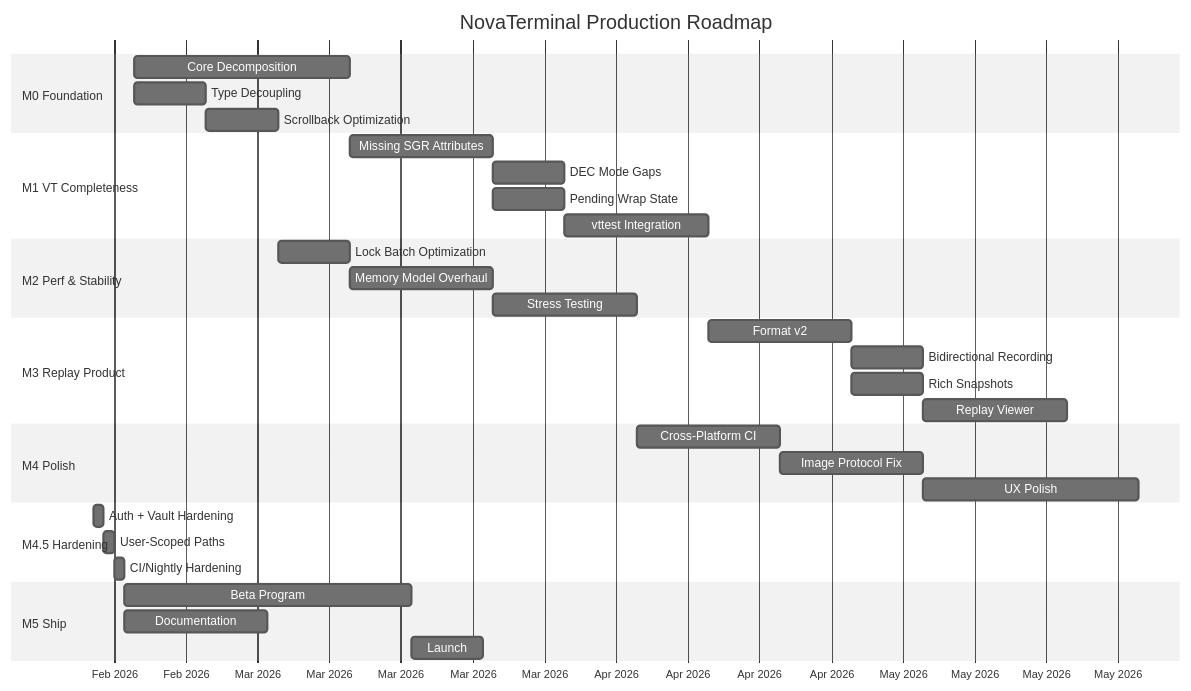
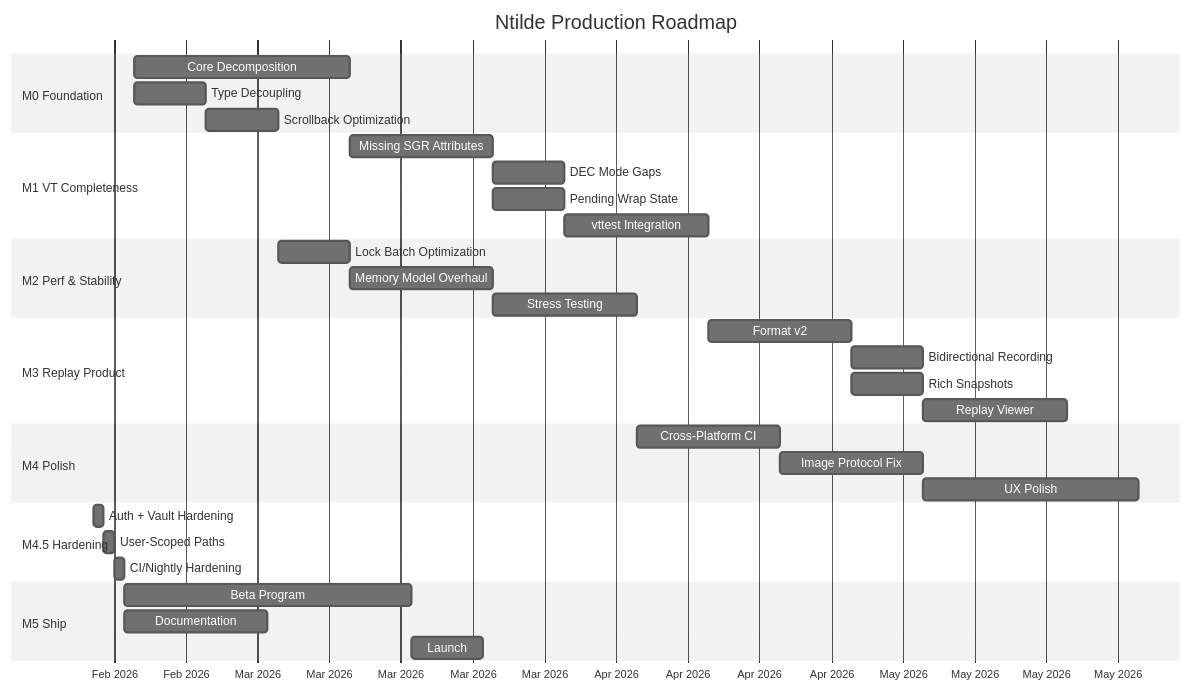
One commit to benyblack/NovaTerminal changed the first of 2 diagrams in docs/PRODUCTION_ROADMAP.md. Above: the diagram before and after it, drawn with Mermaid (neutral theme). The commit also changed other lines of this file and 1182 other files, not shown here.

First line of the commit message:
rebrand: replace NovaTerminal tokens with Ntilde across the tree

````diff
--- a/docs/PRODUCTION_ROADMAP.md
+++ b/docs/PRODUCTION_ROADMAP.md
@@ -26,43 +26,43 @@
 ```mermaid
 gantt
-    title NovaTerminal Production Roadmap
+    title Ntilde Production Roadmap
     dateFormat  YYYY-MM-DD
     axisFormat  %b %Y
 
     section M0 Foundation
     Core Decomposition        :m0a, 2026-02-17, 3w
     Type Decoupling           :m0b, 2026-02-17, 1w
     Scrollback Optimization   :m0c, 2026-02-24, 1w
 
     section M1 VT Completeness
     Missing SGR Attributes    :m1a, after m0a, 2w
     DEC Mode Gaps             :m1b, after m1a, 1w
     Pending Wrap State        :m1c, after m1a, 1w
     vttest Integration        :m1d, after m1b, 2w
 
     section M2 Perf & Stability
     Lock Batch Optimization   :m2a, after m0c, 1w
     Memory Model Overhaul     :m2b, after m2a, 2w
     Stress Testing            :m2c, after m2b, 2w
 
     section M3 Replay Product
     Format v2                 :m3a, after m1d, 2w
     Bidirectional Recording   :m3b, after m3a, 1w
     Rich Snapshots            :m3c, after m3a, 1w
     Replay Viewer             :m3d, after m3b, 2w
 
     section M4 Polish
     Cross-Platform CI         :m4a, after m2c, 2w
     Image Protocol Fix        :m4b, after m4a, 2w
     UX Polish                 :m4c, after m4b, 3w
 
     section M4.5 Hardening
     Auth + Vault Hardening    :m45a, 2026-02-13, 1d
     User-Scoped Paths         :m45b, after m45a, 1d
     CI/Nightly Hardening      :m45c, after m45b, 1d
 
     section M5 Ship
     Beta Program              :m5a, after m45c, 4w
     Documentation             :m5b, after m45c, 2w
     Launch                    :m5c, after m5a, 1w
 ```
````
